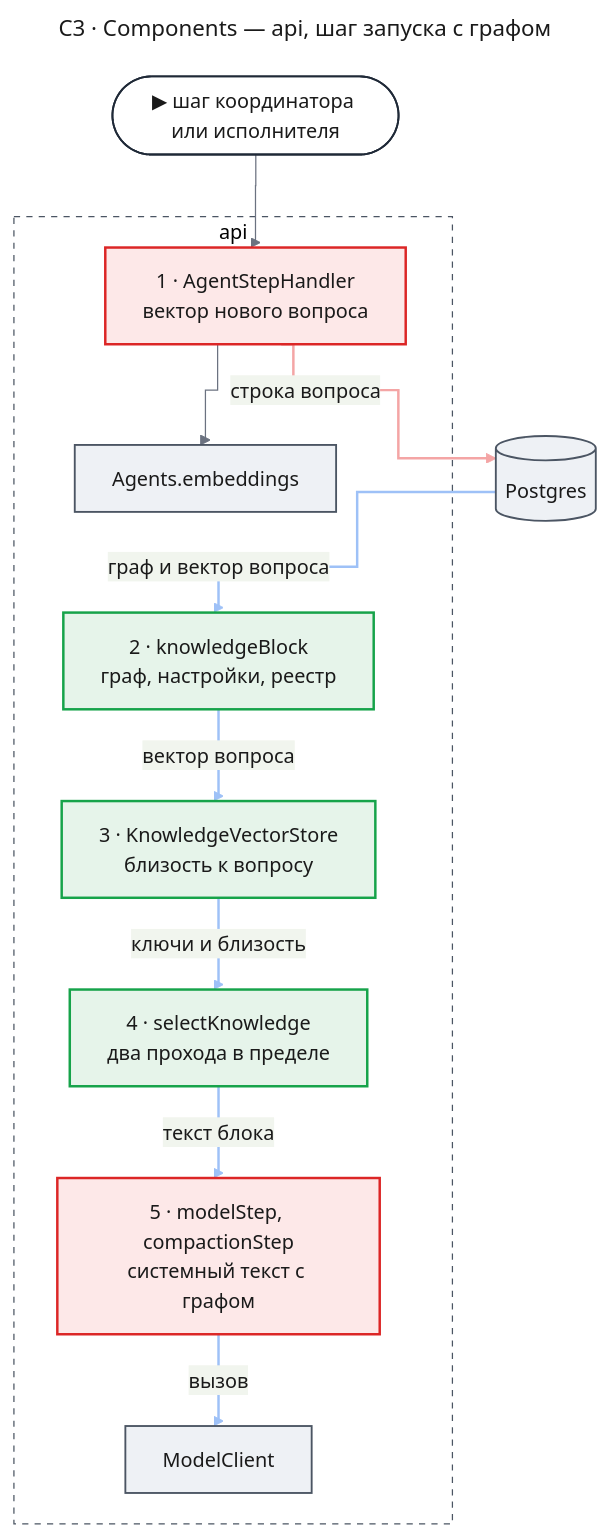
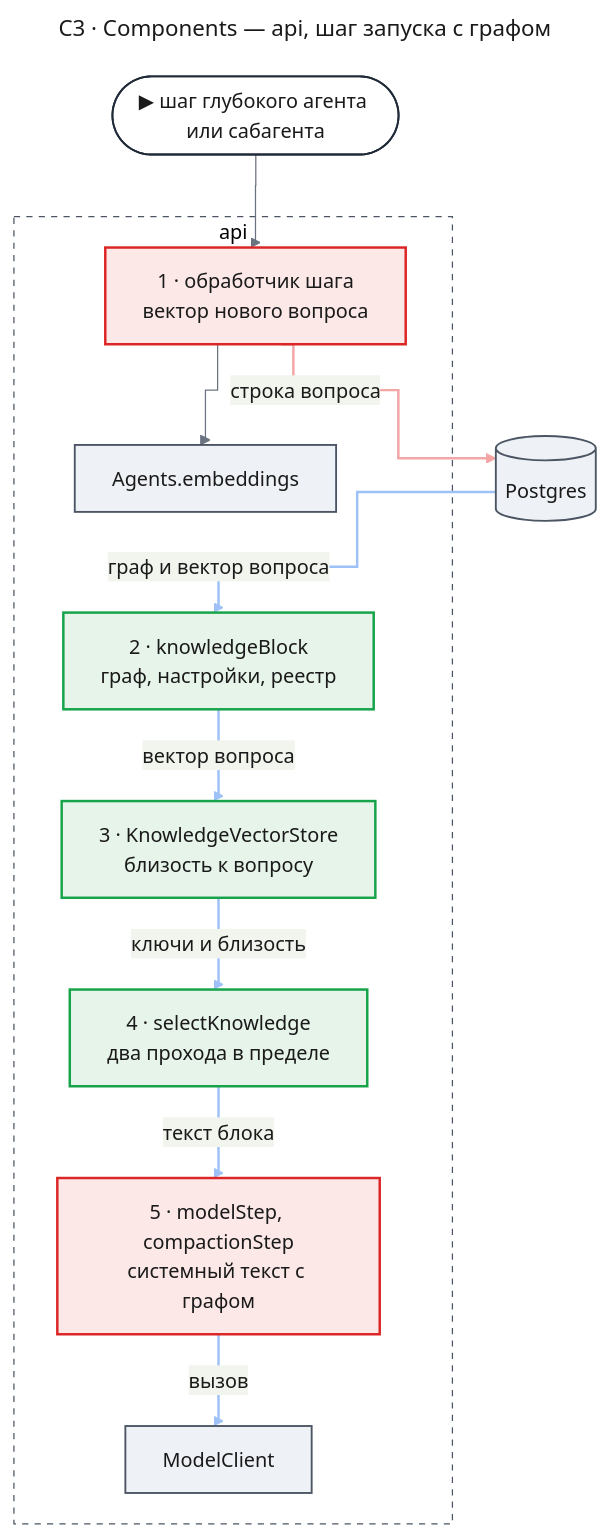
One commit to tundraray/agent-os changed the third of 11 diagrams in docs/features/self-learning/design-core.md. Above: the diagram before and after it, drawn with Mermaid. The commit also changed other lines of this file and 13 other files, not shown here.

````diff
--- a/docs/features/self-learning/design-core.md
+++ b/docs/features/self-learning/design-core.md
@@ -367,60 +355,60 @@
 ```mermaid
 ---
 title: "C3 · Components — api, шаг запуска с графом"
 config:
   theme: base
   look: classic
   themeVariables:
     primaryColor: "#eef1f5"
     primaryBorderColor: "#4b5563"
     primaryTextColor: "#1a1a1a"
     lineColor: "#6b7280"
   flowchart:
     curve: step
   themeCSS: |
     @keyframes lit_c3st{0%,15%{stroke:#991b1b;stroke-width:6px}16.67%,100%{stroke:#f4a5a5;stroke-width:2px}}
     @keyframes litr_c3st{0%,15%{stroke:#1d4ed8;stroke-width:6px}16.67%,100%{stroke:#9ec1f7;stroke-width:2px}}
 ---
 flowchart TB
-    entry(["▶ шаг координатора или исполнителя"])
+    entry(["▶ шаг глубокого агента или сабагента"])
     subgraph apibox["api"]
-        handler["1 · AgentStepHandler<br/>вектор нового вопроса"]
+        handler["1 · обработчик шага<br/>вектор нового вопроса"]
         block["2 · knowledgeBlock<br/>граф, настройки, реестр"]
         store["3 · KnowledgeVectorStore<br/>близость к вопросу"]
         select["4 · selectKnowledge<br/>два прохода в пределе"]
         stepback["5 · modelStep, compactionStep<br/>системный текст с графом"]
         emb["Agents.embeddings"]
         client["ModelClient"]
     end
     pg[("Postgres")]
     entry --> handler
     handler e1@-->|"строка вопроса"| pg
     pg e2@-->|"граф и вектор вопроса"| block
     block e3@-->|"вектор вопроса"| store
     store e4@-->|"ключи и близость"| select
     select e5@-->|"текст блока"| stepback
     stepback e6@-->|"вызов"| client
     handler --> emb
     classDef entry fill:#ffffff,stroke:#1f2937,stroke-width:1.5px,color:#1a1a1a
     classDef changed fill:#fde8e8,stroke:#dc2626,stroke-width:2px,color:#1a1a1a
     classDef new fill:#e6f4ea,stroke:#16a34a,stroke-width:2px,color:#1a1a1a
     classDef unchanged fill:#eef1f5,stroke:#4b5563,stroke-width:1.5px,color:#1a1a1a
     classDef boundary fill:none,stroke:#4b5563,stroke-width:1px,stroke-dasharray:5 5
     classDef w1 stroke:#f4a5a5,stroke-width:2px,animation:lit_c3st 7.2s linear 0s infinite
     classDef r2 stroke:#9ec1f7,stroke-width:2px,animation:litr_c3st 7.2s linear 1.2s infinite
     classDef r3 stroke:#9ec1f7,stroke-width:2px,animation:litr_c3st 7.2s linear 2.4s infinite
     classDef r4 stroke:#9ec1f7,stroke-width:2px,animation:litr_c3st 7.2s linear 3.6s infinite
     classDef r5 stroke:#9ec1f7,stroke-width:2px,animation:litr_c3st 7.2s linear 4.8s infinite
     classDef r6 stroke:#9ec1f7,stroke-width:2px,animation:litr_c3st 7.2s linear 6s infinite
     class entry entry
     class handler,stepback changed
     class block,store,select new
     class emb,client,pg unchanged
     class apibox boundary
     class e1 w1
     class e2 r2
     class e3 r3
     class e4 r4
     class e5 r5
     class e6 r6
 ```
````
